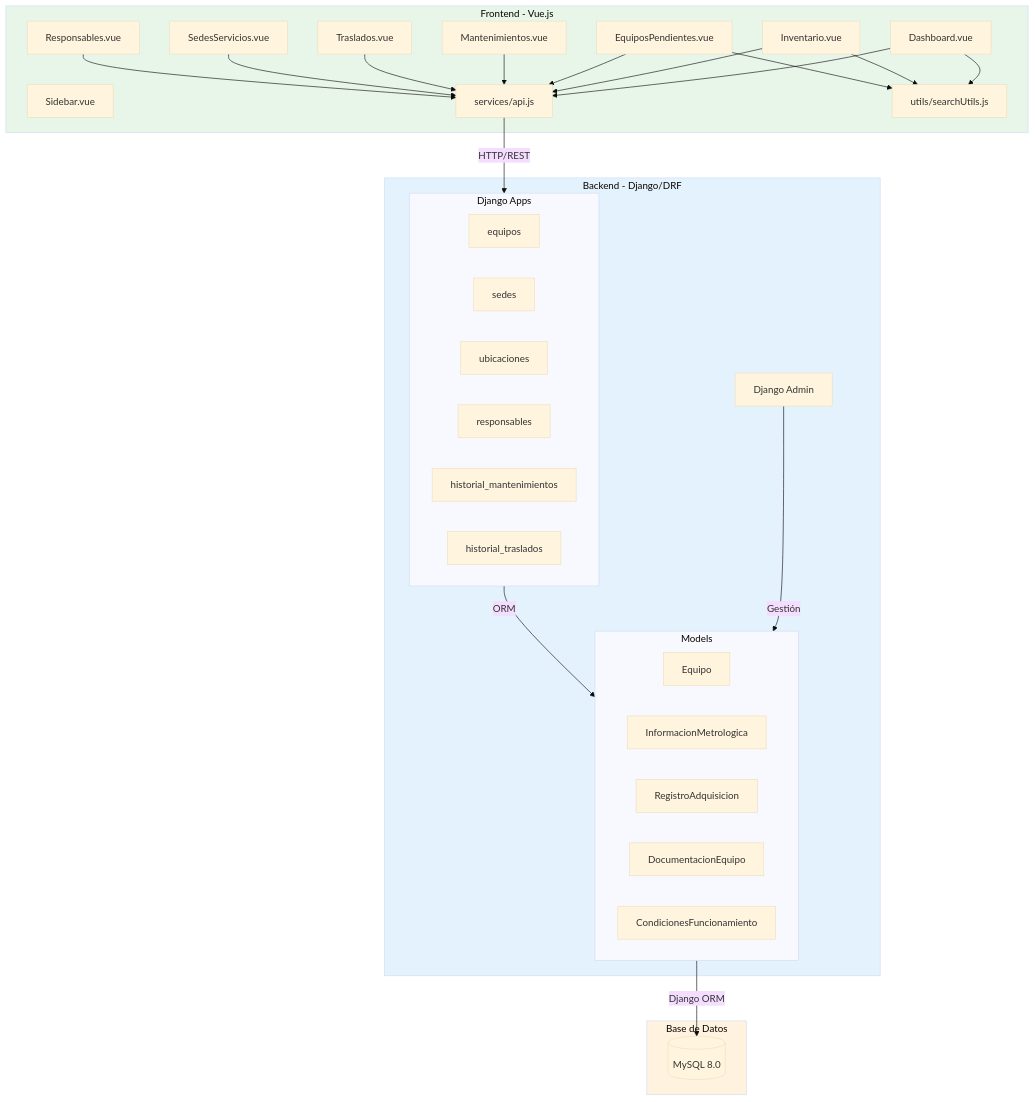
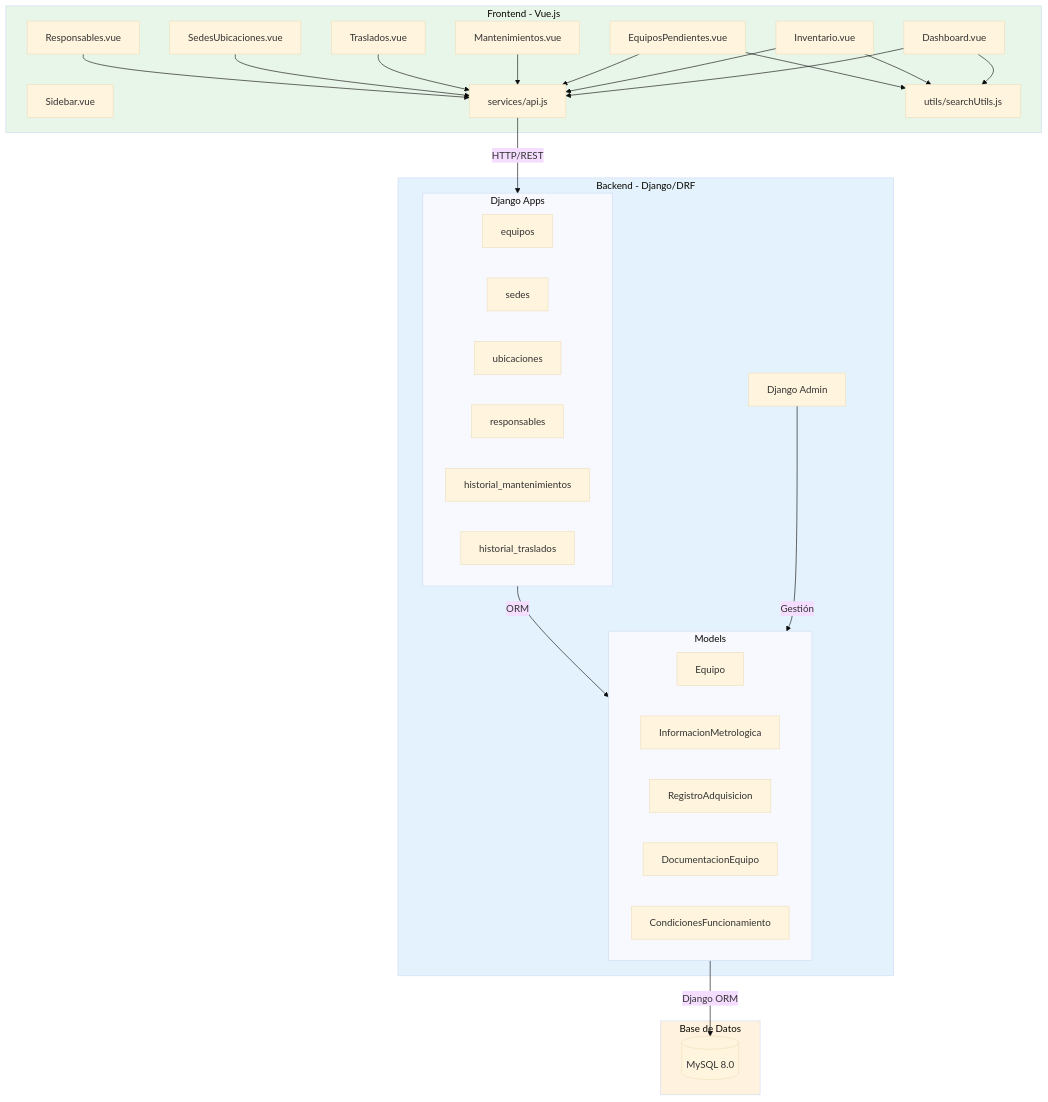
Before and after one commit to 2jcortesj2/Proyecto-LIME: the second of 5 diagrams in DIAGRAMA_UML.md, drawn with Mermaid (base theme). The commit also changed other lines of this file and 2 other files, not shown here.

Commit message:
feat: refactoring `servicios` to `ubicaciones` across the application and documentation.

````diff
--- a/DIAGRAMA_UML.md
+++ b/DIAGRAMA_UML.md
@@ -165,63 +171,63 @@
 ```mermaid
 flowchart TB
     subgraph Frontend["Frontend - Vue.js"]
         Dashboard[Dashboard.vue]
         Inventario[Inventario.vue]
         Pendientes[EquiposPendientes.vue]
         Mantenimientos[Mantenimientos.vue]
         Traslados[Traslados.vue]
-        SedesUbic[SedesServicios.vue]
+        SedesUbic[SedesUbicaciones.vue]
         Responsables[Responsables.vue]
         Sidebar[Sidebar.vue]
         
         API[services/api.js]
         Utils[utils/searchUtils.js]
     end
     
     subgraph Backend["Backend - Django/DRF"]
         subgraph Apps["Django Apps"]
             AppEquipos[equipos]
             AppSedes[sedes]
             AppUbicaciones[ubicaciones]
             AppResp[responsables]
             AppMant[historial_mantenimientos]
             AppTrasl[historial_traslados]
         end
         
         subgraph Models["Models"]
             EquipoModel[Equipo]
             InfoMet[InformacionMetrologica]
             RegAdq[RegistroAdquisicion]
             Doc[DocumentacionEquipo]
             Cond[CondicionesFuncionamiento]
         end
         
         Admin[Django Admin]
     end
     
     subgraph Database["Base de Datos"]
         MySQL[(MySQL 8.0)]
     end
     
     Dashboard --> API
     Inventario --> API
     Pendientes --> API
     Mantenimientos --> API
     Traslados --> API
     SedesUbic --> API
     Responsables --> API
     
     Dashboard --> Utils
     Inventario --> Utils
     Pendientes --> Utils
     
     API -->|HTTP/REST| Apps
     
     Admin -->|Gestión| Models
     Apps -->|ORM| Models
     Models -->|Django ORM| MySQL
     
     style Frontend fill:#e8f5e9
     style Backend fill:#e3f2fd
     style Database fill:#fff3e0
 ```
````
